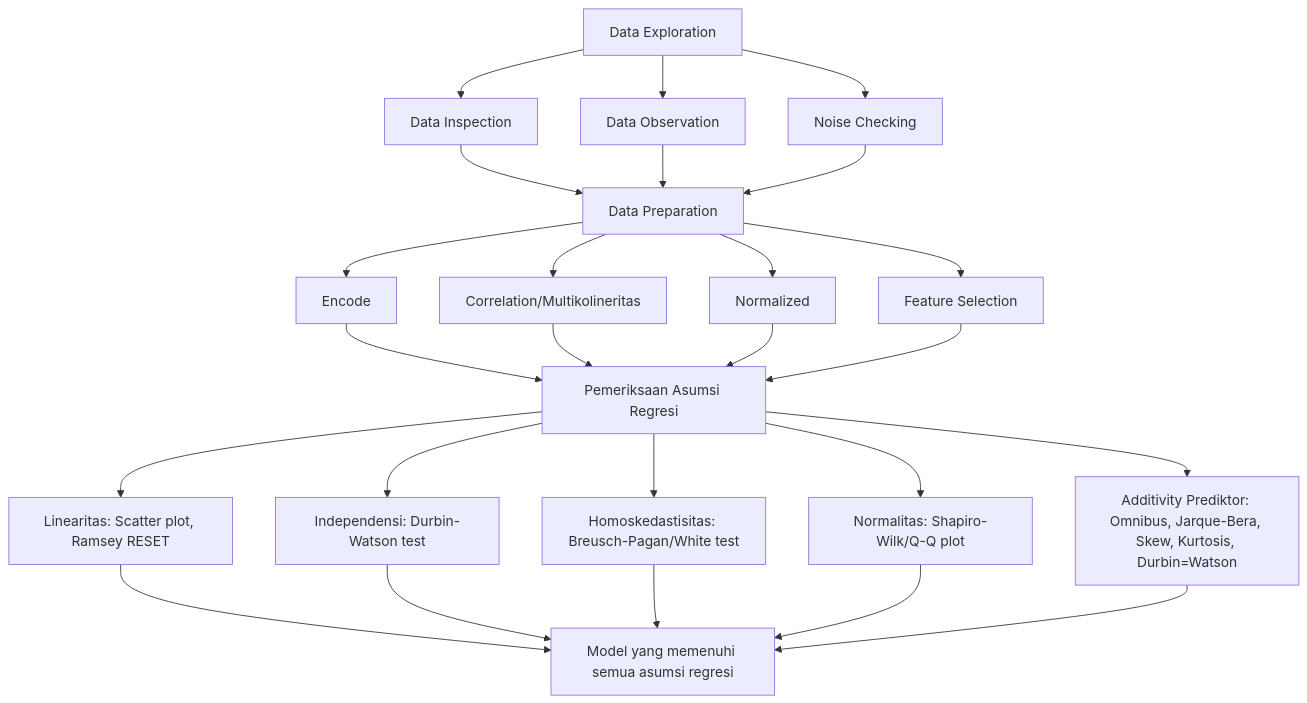
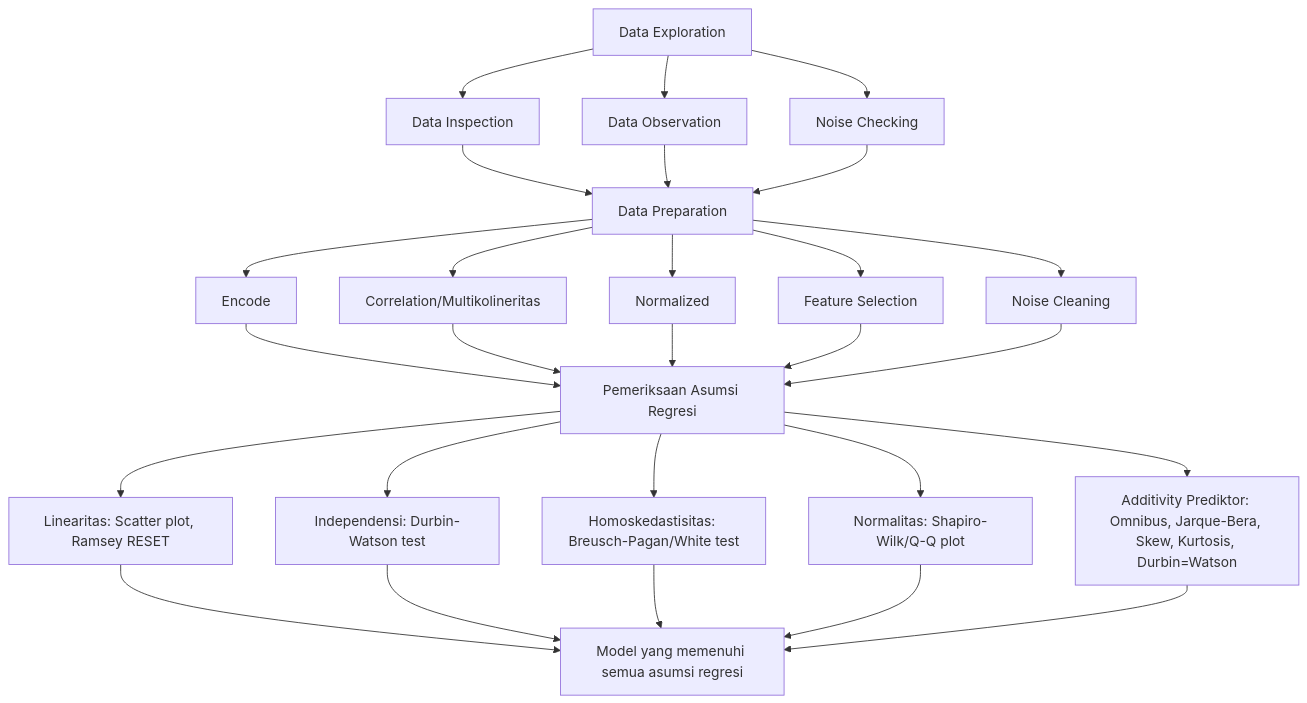
One commit to AkbarArsanata/Analisis-Freelancer changed the first of 4 diagrams in README.md. Above: the diagram before and after it, drawn with Mermaid. The commit also changed other lines of this file, not shown here.

````diff
--- a/README.md
+++ b/README.md
@@ -82,33 +53,37 @@
 ```mermaid
 graph TD
     A[Data Exploration] --> A1[Data Inspection]
     A --> A2[Data Observation]
     A --> A3[Noise Checking]
     A1 --> B[Data Preparation]
     A2 --> B
     A3 --> B
 
     B --> C1[Encode]
     B --> C2[Correlation/Multikolineritas]
     B --> C3[Normalized]
     B --> C4[Feature Selection]
+B --> C5[Noise Cleaning]
+
+
     
     C1 --> D[Pemeriksaan Asumsi Regresi]
     C2 --> D
     C3 --> D
     C4 --> D
+C5 --> D
     
     D --> E1[Linearitas: Scatter plot, Ramsey RESET]
     D --> E2[Independensi: Durbin-Watson test]
     D --> E3[Homoskedastisitas: Breusch-Pagan/White test]
     D --> E4[Normalitas: Shapiro-Wilk/Q-Q plot]
     D --> E5[Additivity Prediktor: Omnibus, Jarque-Bera, Skew, Kurtosis, Durbin=Watson]
 
     E1 --> F[Model yang memenuhi semua asumsi regresi]
     E2 --> F
 E3 --> F
 E4 --> F
 E5 --> F
 
 
 ```
````
